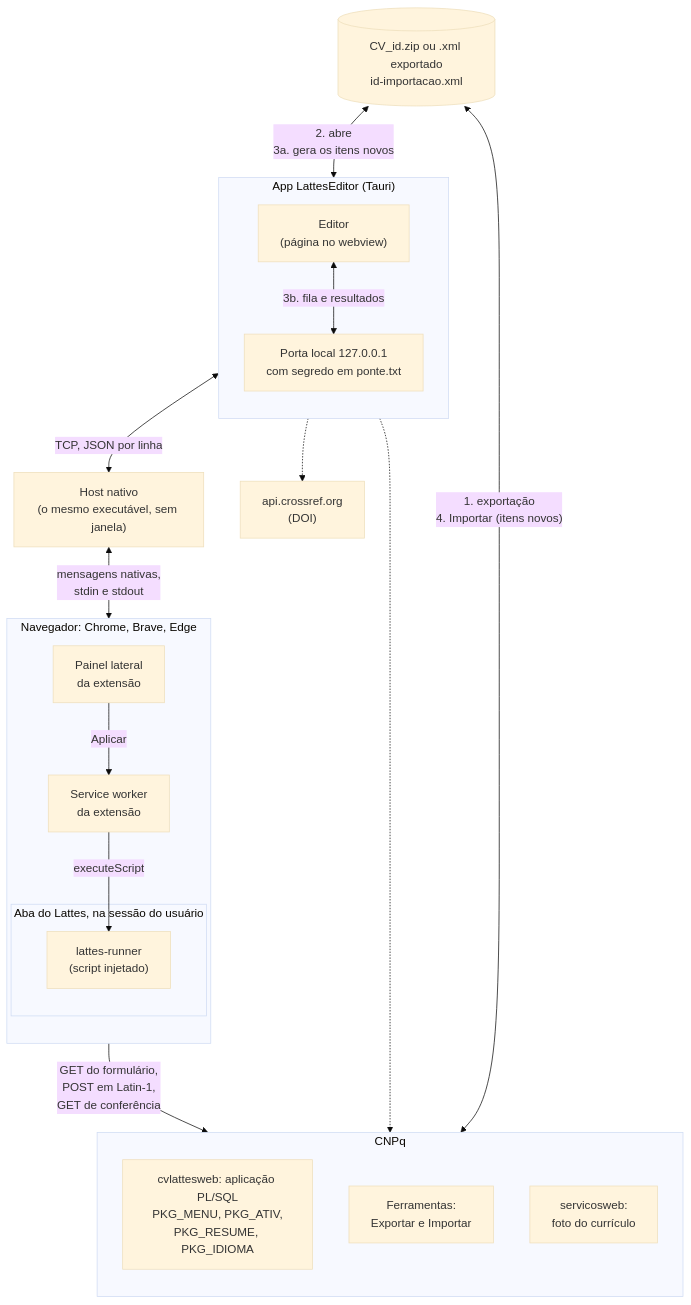
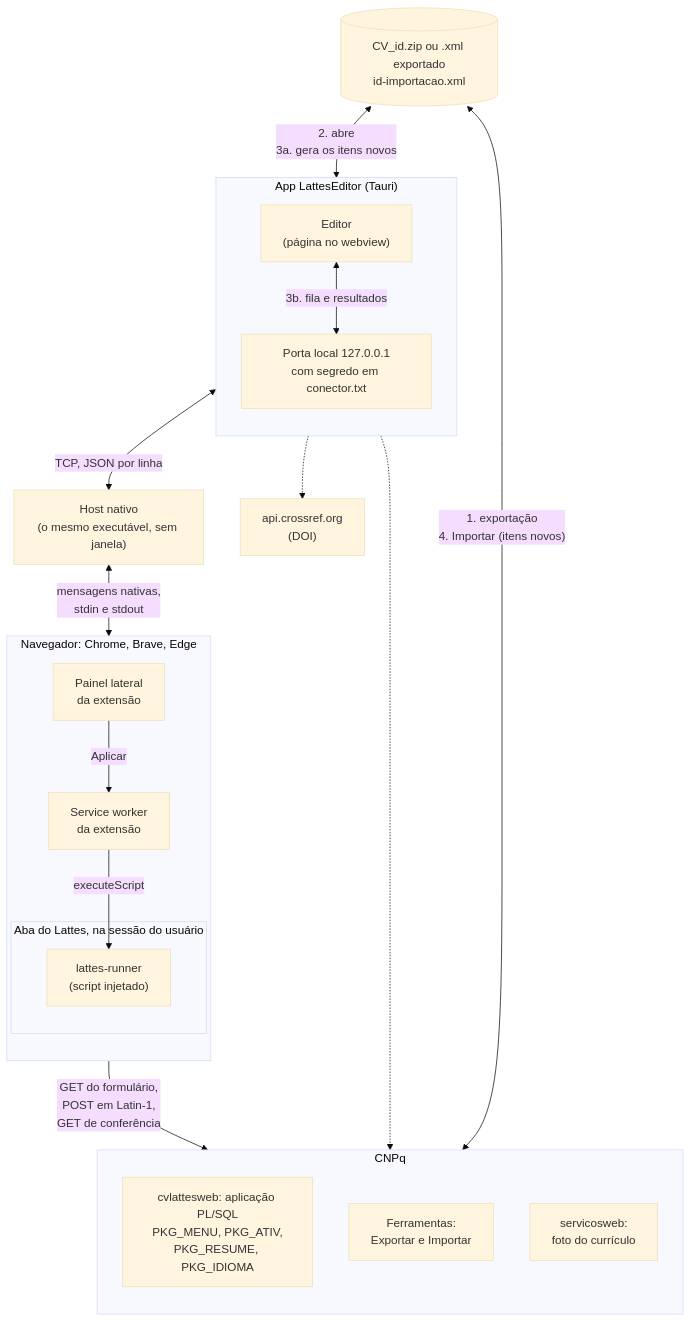
The diagram in docs/lattes_internals.md (rlueder/lattes-editor), drawn with Mermaid (base theme) before and after one commit. The commit also changed other lines of this file and 51 other files, not shown here.

First line of the commit message:
feat: tela de primeiro uso (LAT-21) e "ponte" vira "conector" (#45)

````diff
--- a/docs/lattes_internals.md
+++ b/docs/lattes_internals.md
@@ -24,40 +24,40 @@
 ```mermaid
 flowchart TB
   subgraph CNPq["CNPq"]
     direction TB
     Gateway["cvlattesweb: aplicação PL/SQL<br/>PKG_MENU, PKG_ATIV,<br/>PKG_RESUME, PKG_IDIOMA"]
     ImpExp["Ferramentas:<br/>Exportar e Importar"]
     Foto["servicosweb:<br/>foto do currículo"]
   end
   Crossref["api.crossref.org<br/>(DOI)"]
 
   subgraph Nav["Navegador: Chrome, Brave, Edge"]
     direction TB
     subgraph Aba["Aba do Lattes, na sessão do usuário"]
       Runner["lattes-runner<br/>(script injetado)"]
     end
     SW["Service worker<br/>da extensão"]
     Painel["Painel lateral<br/>da extensão"]
   end
 
   Host["Host nativo<br/>(o mesmo executável, sem janela)"]
 
   subgraph App["App LattesEditor (Tauri)"]
     direction TB
-    Porta["Porta local 127.0.0.1<br/>com segredo em ponte.txt"]
+    Porta["Porta local 127.0.0.1<br/>com segredo em conector.txt"]
     UI["Editor<br/>(página no webview)"]
   end
 
   Arquivos[("CV_id.zip ou .xml exportado<br/>id-importacao.xml")]
 
   Arquivos <-- "1. exportação<br/>4. Importar (itens novos)" --> ImpExp
   Arquivos <-- "2. abre<br/>3a. gera os itens novos" --> UI
   UI <-- "3b. fila e resultados" --> Porta
   Porta <-- "TCP, JSON por linha" --> Host
   Host <-- "mensagens nativas,<br/>stdin e stdout" --> SW
   Painel -- "Aplicar" --> SW
   SW -- "executeScript" --> Runner
   Runner -- "GET do formulário,<br/>POST em Latin-1,<br/>GET de conferência" --> Gateway
   UI -.-> Foto
   UI -.-> Crossref
 ```
````
